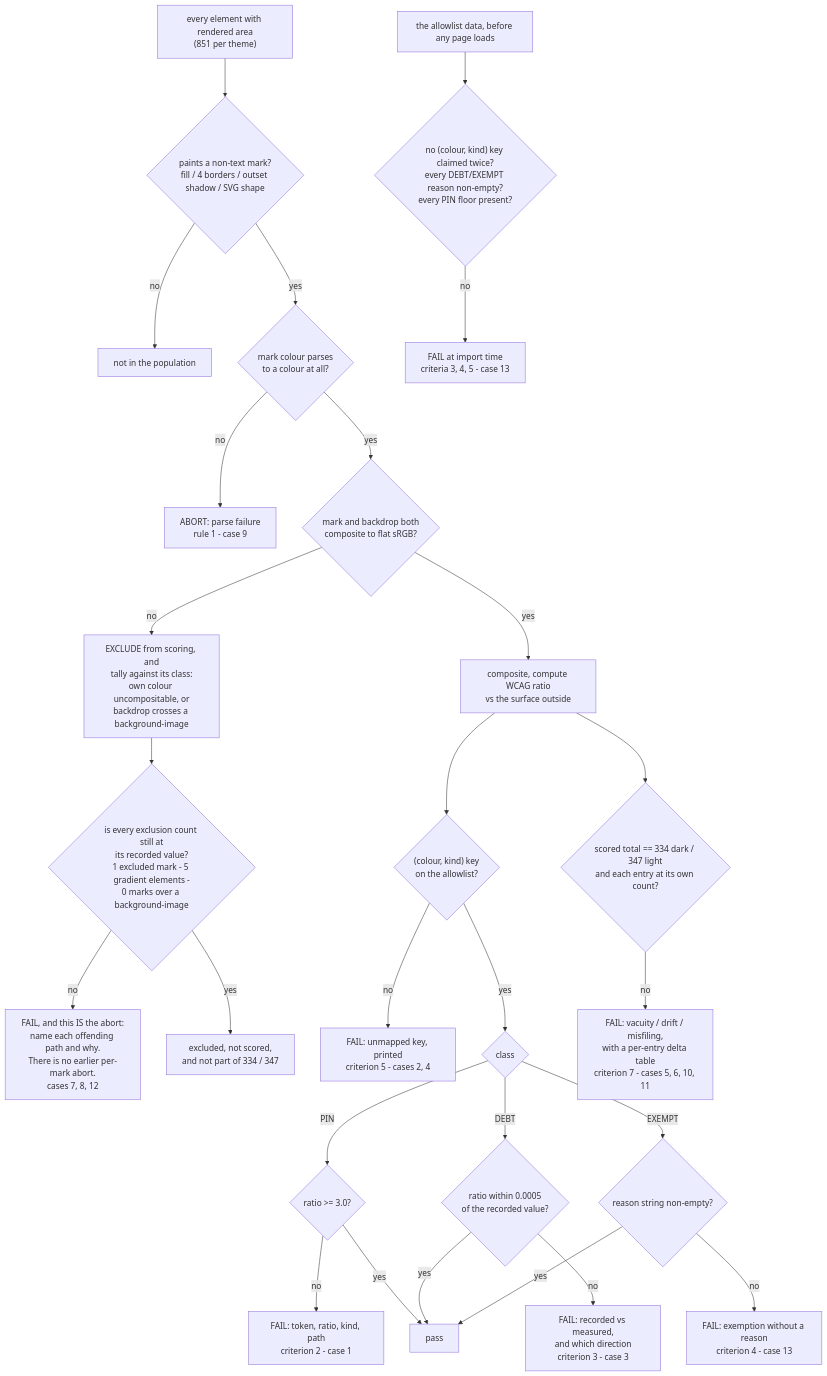
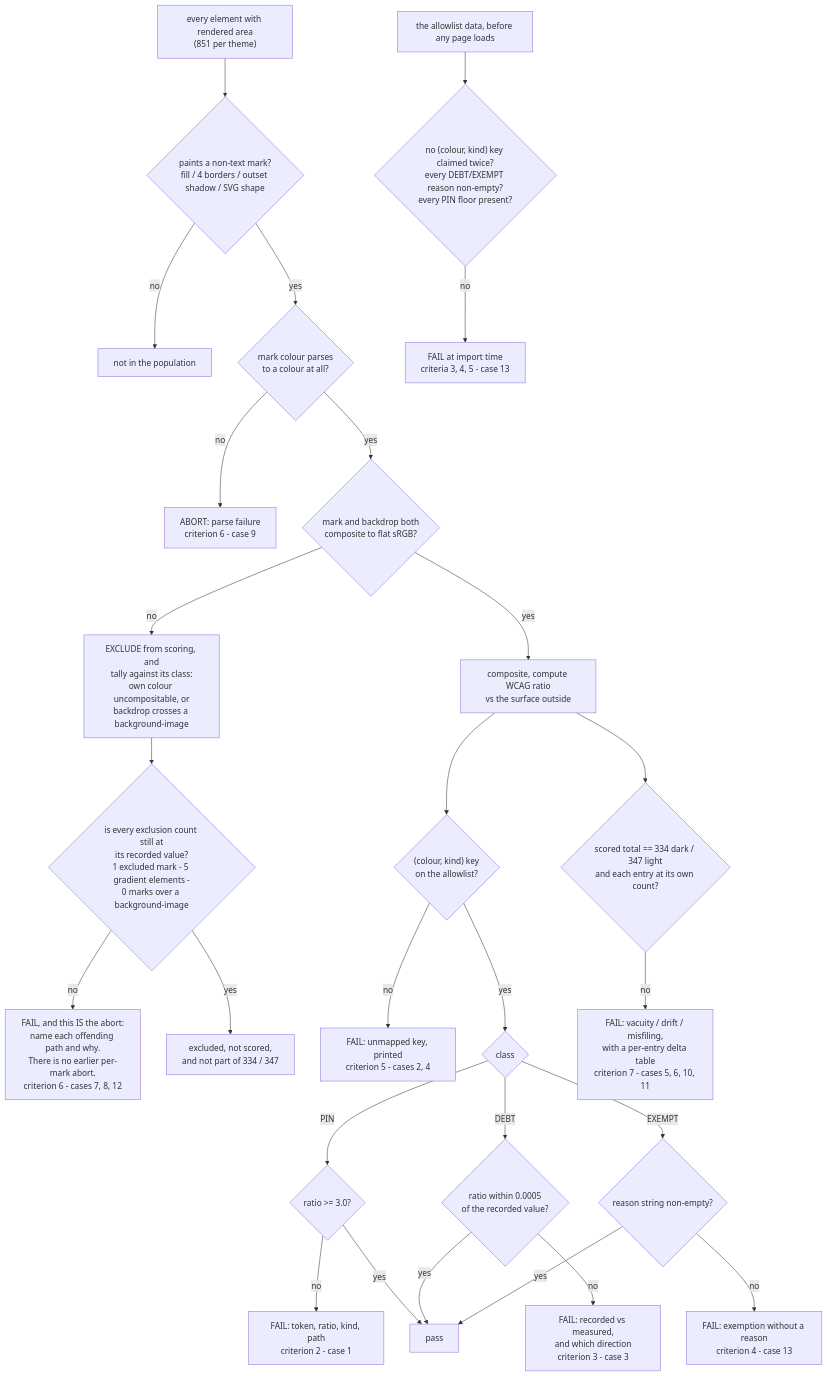
Before and after one commit to suyatdev/.claude: the diagram in docs/features/treko-non-text-contrast.md, drawn with Mermaid. The commit also changed other lines of this file and 1 other file, not shown here.

````diff
--- a/docs/features/treko-non-text-contrast.md
+++ b/docs/features/treko-non-text-contrast.md
@@ -480,29 +479,29 @@
 ```mermaid
 flowchart TD
     A["every element with rendered area<br/>(851 per theme)"] --> B{"paints a non-text mark?<br/>fill / 4 borders / outset shadow / SVG shape"}
     B -->|no| Z["not in the population"]
     B -->|yes| N{"mark colour parses<br/>to a colour at all?"}
-    N -->|no| FN["ABORT: parse failure<br/>rule 1 - case 9"]
+    N -->|no| FN["ABORT: parse failure<br/>criterion 6 - case 9"]
     N -->|yes| C{"mark and backdrop both<br/>composite to flat sRGB?"}
     C -->|no| X["EXCLUDE from scoring, and<br/>tally against its class:<br/>own colour uncompositable, or<br/>backdrop crosses a background-image"]
     X --> W{"is every exclusion count still at<br/>its recorded value?<br/>1 excluded mark - 5 gradient elements -<br/>0 marks over a background-image"}
-    W -->|no| F2["FAIL, and this IS the abort:<br/>name each offending path and why.<br/>There is no earlier per-mark abort.<br/>cases 7, 8, 12"]
+    W -->|no| F2["FAIL, and this IS the abort:<br/>name each offending path and why.<br/>There is no earlier per-mark abort.<br/>criterion 6 - cases 7, 8, 12"]
     W -->|yes| OKX["excluded, not scored,<br/>and not part of 334 / 347"]
     C -->|yes| E["composite, compute WCAG ratio<br/>vs the surface outside"]
     E --> G{"(colour, kind) key<br/>on the allowlist?"}
     G -->|no| F3["FAIL: unmapped key, printed<br/>criterion 5 - cases 2, 4"]
     G -->|yes| H{"class"}
     H -->|PIN| P{"ratio >= 3.0?"}
     H -->|DEBT| Q{"ratio within 0.0005<br/>of the recorded value?"}
     H -->|EXEMPT| R{"reason string non-empty?"}
     P -->|no| FP["FAIL: token, ratio, kind, path<br/>criterion 2 - case 1"]
     Q -->|no| FQ["FAIL: recorded vs measured,<br/>and which direction<br/>criterion 3 - case 3"]
     R -->|no| FR["FAIL: exemption without a reason<br/>criterion 4 - case 13"]
     P -->|yes| OK["pass"]
     Q -->|yes| OK
     R -->|yes| OK
     E --> V{"scored total == 334 dark / 347 light<br/>and each entry at its own count?"}
     V -->|no| FV["FAIL: vacuity / drift / misfiling,<br/>with a per-entry delta table<br/>criterion 7 - cases 5, 6, 10, 11"]
     D0["the allowlist data, before any page loads"] --> D1{"no (colour, kind) key claimed twice?<br/>every DEBT/EXEMPT reason non-empty?<br/>every PIN floor present?"}
     D1 -->|no| FD["FAIL at import time<br/>criteria 3, 4, 5 - case 13"]
 ```
````
